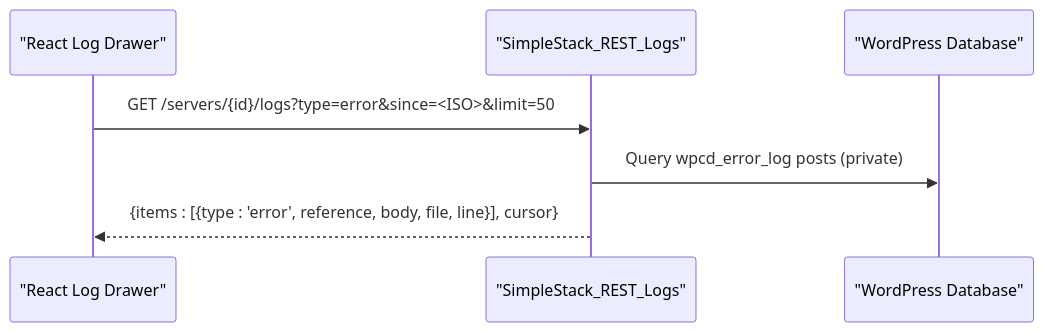
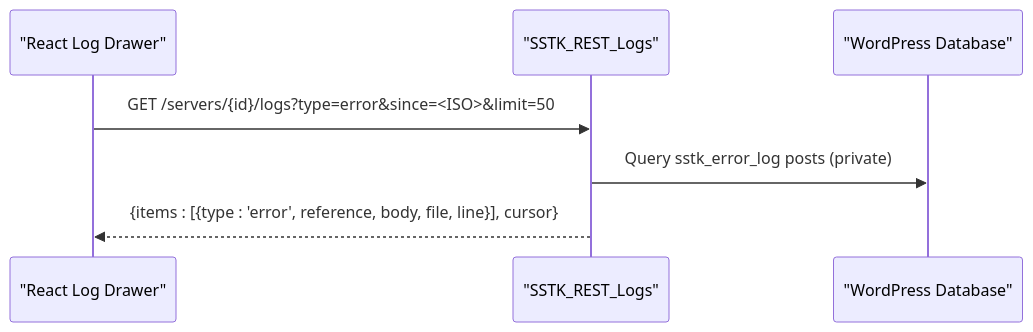
One commit to onedogsolutions/simple-stack changed the sixth of 7 diagrams in .qoder/repowiki/en/content/Logging & Monitoring/Error Tracking & Debugging.md. Above: the diagram before and after it, drawn with Mermaid. The commit also changed other lines of this file and 5941 other files, not shown here.

First line of the commit message:
refactor(core): rebrand WPCloudDeploy to Simple Stack with new namespaces and prefixes

````diff
--- a/.qoder/repowiki/en/content/Logging & Monitoring/Error Tracking & Debugging.md
+++ b/.qoder/repowiki/en/content/Logging & Monitoring/Error Tracking & Debugging.md
@@ -285,9 +285,9 @@
 ```mermaid
 sequenceDiagram
 participant Frontend as "React Log Drawer"
-participant REST as "SimpleStack_REST_Logs"
+participant REST as "SSTK_REST_Logs"
 participant DB as "WordPress Database"
 Frontend->>REST : GET /servers/{id}/logs?type=error&since=<ISO>&limit=50
-REST->>DB : Query wpcd_error_log posts (private)
+REST->>DB : Query sstk_error_log posts (private)
 REST-->>Frontend : {items : [{type : 'error', reference, body, file, line}], cursor}
 ```
````
